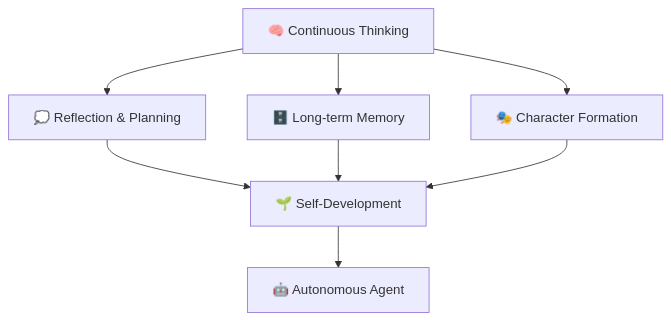
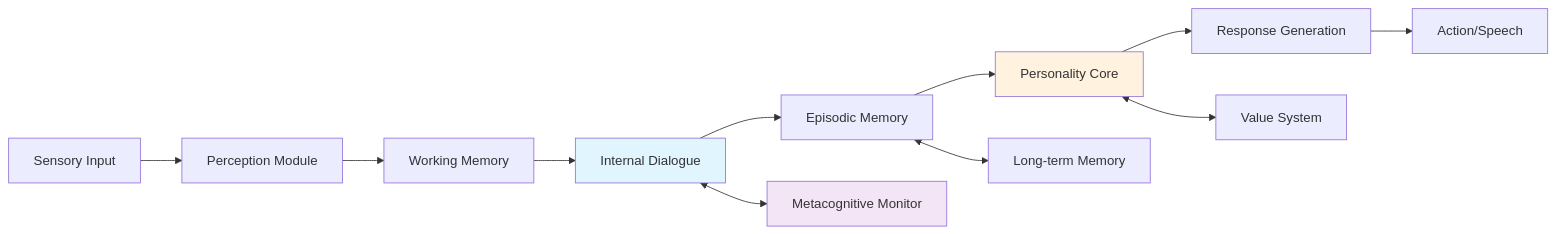
The diagram in README.md (ivan-meer/sentiment-agent-exp), drawn with Mermaid before and after one commit. The commit also changed other lines of this file and 10 other files, not shown here.

````diff
--- a/README.md
+++ b/README.md
@@ -27,12 +68,18 @@
 ```mermaid
-graph TD
-    A[🧠 Continuous Thinking] --> B[💭 Reflection & Planning]
-    A --> C[🗄️ Long-term Memory]
-    A --> D[🎭 Character Formation]
+graph LR
+    A[Sensory Input] --> B[Perception Module]
+    B --> C[Working Memory]
+    C --> D[Internal Dialogue]
+    D --> E[Episodic Memory]
+    E --> F[Personality Core]
+    F --> G[Response Generation]
+    G --> H[Action/Speech]
     
-    B --> E[🌱 Self-Development]
-    C --> E
-    D --> E
+    D <--> I[Metacognitive Monitor]
+    E <--> J[Long-term Memory]
+    F <--> K[Value System]
     
-    E --> F[🤖 Autonomous Agent]
+    style D fill:#e1f5fe
+    style I fill:#f3e5f5
+    style F fill:#fff3e0
 ```
````
